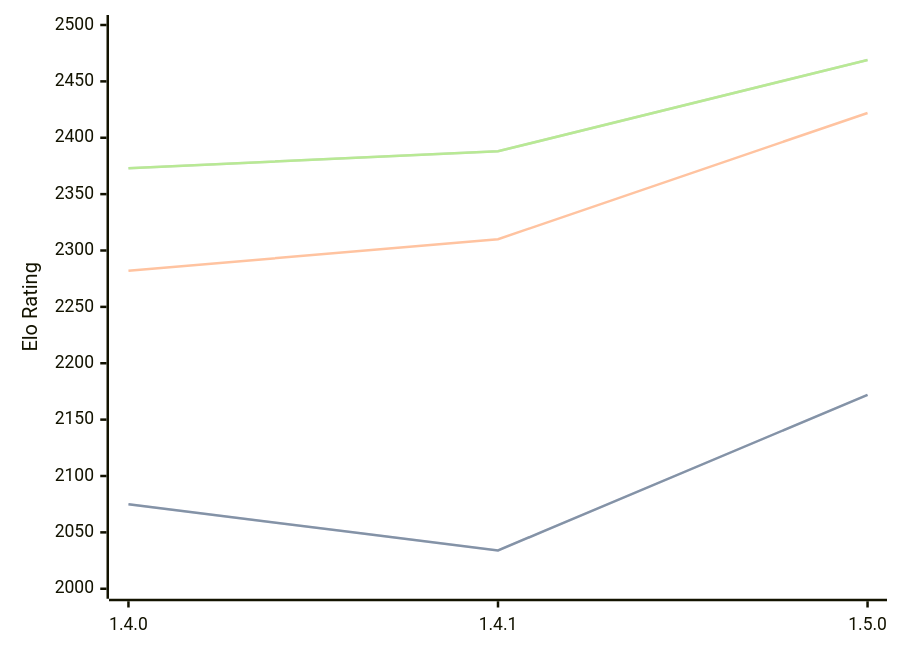
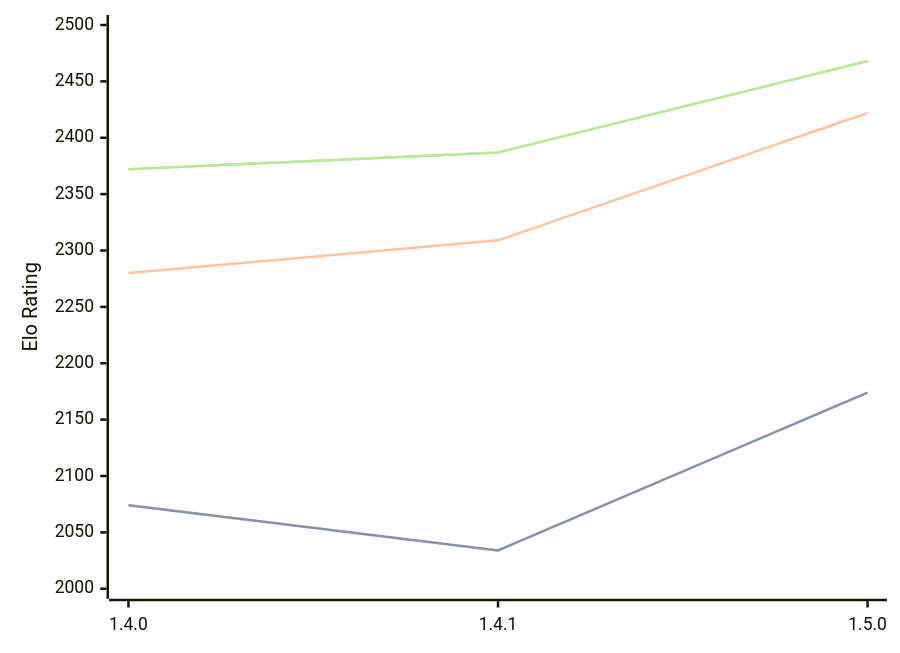
The diagram in engines/Tofiks.md (computer-chess-index/cci), drawn with Mermaid before and after one commit. The commit also changed other lines of this file, not shown here.

Commit message:
Update CCI Ratings (ELO VLTC) - 2026-08-04

````diff
--- a/engines/Tofiks.md
+++ b/engines/Tofiks.md
@@ -37,11 +37,11 @@
 ```mermaid
 %%{init: {"theme":"base","themeVariables":{"seriesColors:['#a3a3a3','#222221','#faa371']}}}%%
 xychart-beta
   x-axis ["1.4.0", "1.4.1", "1.5.0"]
   y-axis "Elo Rating" 2000 --> 2500
-  line "STC (8.0+0.08s)" [2075, 2034, 2172]
-  line "STC (8.0+0.08s)" [2075, 2034, 2172]
-  line "LTC (60.0+0.60s)" [2282, 2310, 2422]
-  line "VLTC (2m24s+1.12s)" [2373, 2388, 2469]
-  line "VLTC (2m24s+1.12s)" [2373, 2388, 2469]
+  line "STC (8.0+0.08s)" [2074, 2034, 2174]
+  line "STC (8.0+0.08s)" [2074, 2034, 2174]
+  line "LTC (60.0+0.60s)" [2280, 2309, 2422]
+  line "VLTC (2m24s+1.12s)" [2372, 2387, 2468]
+  line "VLTC (2m24s+1.12s)" [2372, 2387, 2468]
 ```
````
